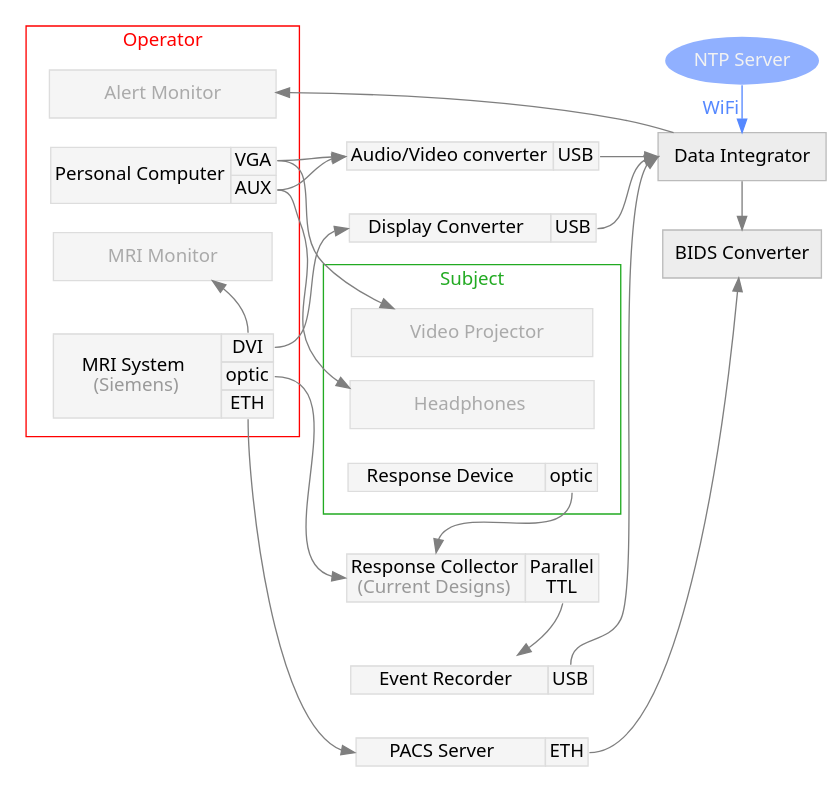
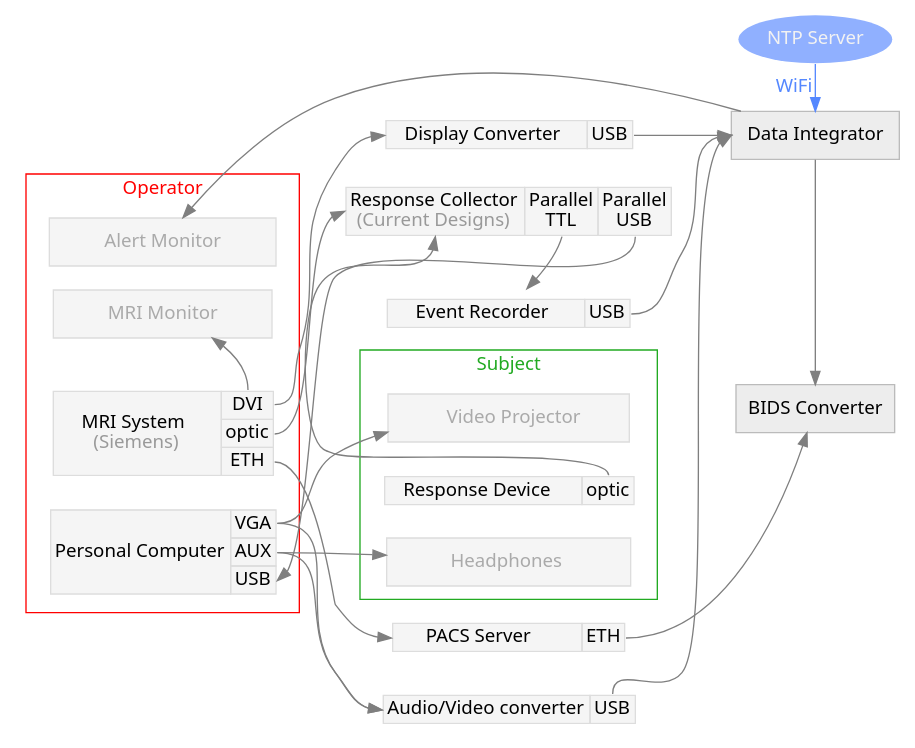
The diagram in docs/environment.dot (ReproNim/reprostim), drawn with Graphviz before and after one commit.

Commit message:
Added USB connection to go from curdes to personal computer

```diff
--- a/docs/environment.dot
+++ b/docs/environment.dot
@@ -1,155 +1,160 @@
 digraph graphname {
     //newrank=true;
     size="14,8";
     graph [fontname = "sans", margin=0, splines=spline];
     rankdir="LR";
     node [fontname = "sans", style=filled];
     edge [fontname = "sans", color=gray50];
     ntp[label="NTP Server", shape=ellipse, fillcolor="#90B0FF", color=none, fontcolor=gray95]
     aud[
         label =<<TABLE BORDER="0" CELLBORDER="1" CELLSPACING="0" BGCOLOR="grey96">
                 <TR>
                     <TD PORT="a">Audio/Video converter</TD>
                     <TD PORT="usb">USB</TD>
                 </TR>
             </TABLE>>
             fillcolor=none;
             shape=none;
             color="#DDDDDD",
     ];
     eve[
         label =<<TABLE BORDER="0" CELLBORDER="1" CELLSPACING="0" BGCOLOR="grey96">
                 <TR>
                     <TD>      Event Recorder     </TD>
                     <TD PORT="usb">USB</TD>
                 </TR>
             </TABLE>>
             fillcolor=none;
             shape=none;
             color="#DDDDDD",
     ];
     dat[label=" Data Integrator ", shape=box, color="#BBBBBB", fillcolor=grey93];
     pac[
         label =<<TABLE BORDER="0" CELLBORDER="1" CELLSPACING="0" BGCOLOR="grey96">
                 <TR>
                     <TD PORT="a">       PACS Server        </TD>
                     <TD PORT="eth">ETH</TD>
                 </TR>
             </TABLE>>
             fillcolor=none;
             shape=none;
             color="#DDDDDD",
     ];
     bid[label="BIDS Converter", shape=box, color="#BBBBBB", fillcolor=grey93];
     dis[
         label =<<TABLE BORDER="0" CELLBORDER="1" CELLSPACING="0" BGCOLOR="grey96">
                 <TR>
                     <TD PORT="a">    Display Converter   </TD>
                     <TD PORT="usb">USB</TD>
                 </TR>
             </TABLE>>
             fillcolor=none;
             shape=none;
             color="#DDDDDD",
     ];
     rec[
         label =<<TABLE BORDER="0" CELLBORDER="1" CELLSPACING="0" BGCOLOR="grey96">
                 <TR>
                     <TD PORT="a">Response Collector<BR/><FONT COLOR="#999999">(Current Designs)</FONT></TD>
                     <TD PORT="ttl">Parallel<BR/>TTL</TD>
+					<TD PORT="usb">Parallel<BR/>USB</TD>
                 </TR>
             </TABLE>>
             fillcolor=none;
             shape=none;
             color="#DDDDDD",
     ];
     subgraph cluster_operator {
         label="Operator";
         fontcolor=red;
         color=red;
         margin=10;
 
         per[
             label =<<TABLE BORDER="0" CELLBORDER="1" CELLSPACING="0" BGCOLOR="grey96">
-                    <TR><TD ROWSPAN="3">Personal Computer</TD></TR>
+                    <TR><TD ROWSPAN="4">Personal Computer</TD></TR>
                     <TR>
                         <TD PORT="vga">VGA</TD>
                     </TR>
                     <TR>
                         <TD PORT="aux">AUX</TD>
                     </TR>
-                </TABLE>>
+                    <TR>
+                        <TD PORT="usb">USB</TD>
+                    </TR>
+				</TABLE>>
                 fillcolor=none;
                 shape=none;
                 color="#DDDDDD",
         ];
 
         mrm[label="         MRI Monitor        ", shape=box, color="#DDDDDD", fillcolor=grey96, fontcolor="#AAAAAA"];
         mri[
             label =<<TABLE BORDER="0" CELLBORDER="1" CELLSPACING="0" BGCOLOR="grey96">
                     <TR><TD ROWSPAN="4">      MRI System     <BR/><FONT COLOR="#999999">(Siemens)</FONT></TD></TR>
                     <TR>
                         <TD PORT="dvi">DVI</TD>
                     </TR>
                     <TR>
                         <TD PORT="optic">optic</TD>
                     </TR>
                     <TR>
                         <TD PORT="eth">ETH</TD>
                     </TR>
                 </TABLE>>
                 fillcolor=none,
                 shape=none,
                 color="#DDDDDD",
         ];
         ale[label="         Alert Monitor        ", shape=box, color="#DDDDDD", fillcolor=grey96, fontcolor="#AAAAAA"];
     }
 
     subgraph cluster_subject {
         label="Subject";
         fontcolor="#22AA22";
         color="#22AA22";
         margin=10;
 
         vid[label="          Video Projector       ", shape=box, color="#DDDDDD", fillcolor=grey96, fontcolor="#AAAAAA"];
         hea[label="           Headphones           ", shape=box, color="#DDDDDD", fillcolor=grey96, fontcolor="#AAAAAA"];
         res[
             label =<<TABLE BORDER="0" CELLBORDER="1" CELLSPACING="0" BGCOLOR="grey96">
                     <TR>
                         <TD>    Response Device    </TD>
                         <TD PORT="optic">optic</TD>
                     </TR>
                 </TABLE>>
                 fillcolor=none;
                 shape=none;
                 color="#DDDDDD",
         ];
     }
 
     mri:dvi:n -> mrm[constraint=false];
     per:vga -> vid;
     per:aux:e -> hea;
+	rec:usb -> per:usb;
     mri:optic -> rec:a;
     res:optic -> rec:a;
     rec:ttl -> eve;
     eve:usb -> dat:w;
     mri:dvi:e -> dis:a;
     per:vga -> aud:a:w[weight=5];
     per:aux:e -> aud:a:w;
     mri:eth -> pac:a;
     pac:eth:e -> bid;
     dat -> bid;
     dis:usb -> dat:w;
     ntp -> dat[label="WiFi   ", color="#5588FF", fontcolor="#5588FF"];
     aud:usb -> dat:w;
     dat -> ale[weight=3];
     //{ rank=same; op1; op2; }
     { rank=same; aud; rec; dis; pac; eve}
     //{ rank=same; aud; rec; dis; pac; vid; hea; res }
     //{ rank=same; aud; rec; dis; pac; hea; vid; res}
     //{ rank=same; mri; pac; }
     { rank=same; ntp; dat; bid; }
     //{ rank=same; dvi; aux; vga; }
     //{ rank=same; per; mri; mrm; vid; hea; res; }
     //{ rank=same; cluster_subject; cluster_operator; }
 }
```
